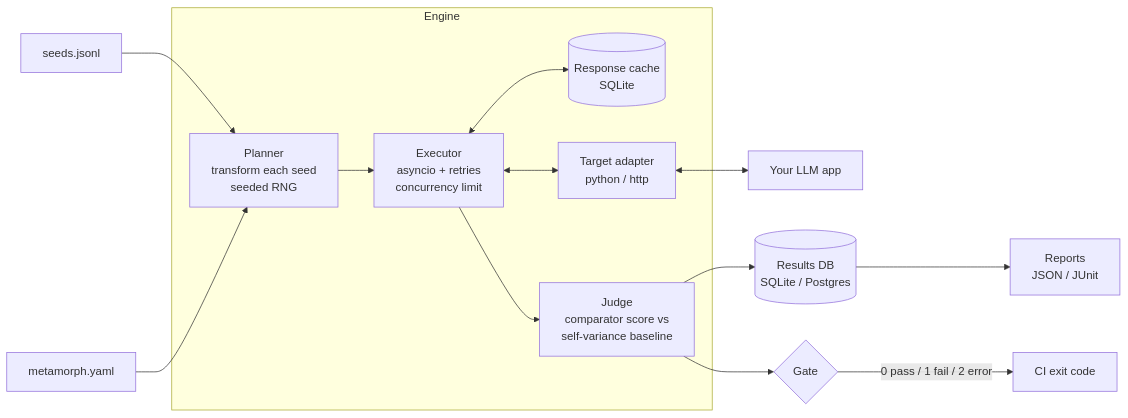
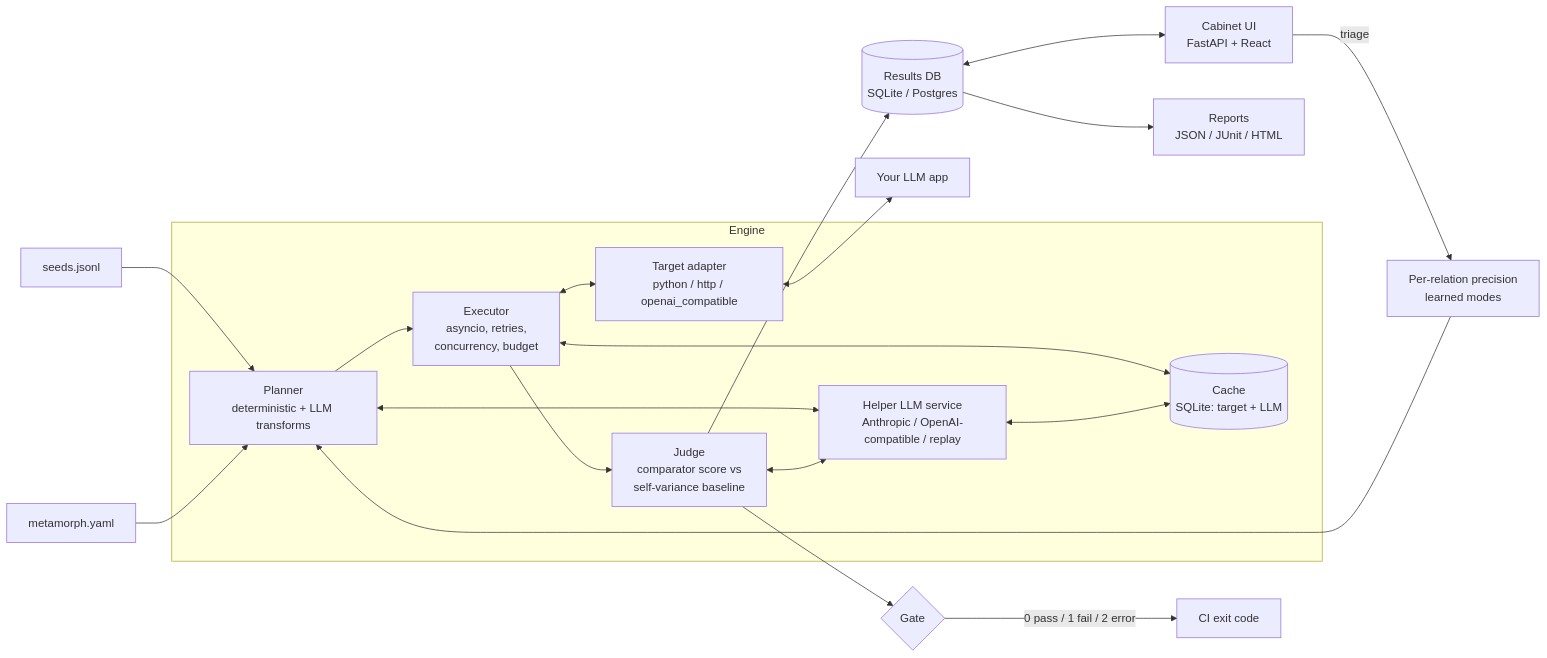
The diagram in README.md (DiorWachira/metamorph), drawn with Mermaid before and after one commit. The commit also changed other lines of this file and 77 other files, not shown here.

First line of the commit message:
M3: triage cabinet UI, per-relation precision, learned promotion

````diff
--- a/README.md
+++ b/README.md
@@ -80,16 +89,22 @@
 ```mermaid
 flowchart LR
     S[seeds.jsonl] --> P
     C[metamorph.yaml] --> P
     subgraph Engine
-        P[Planner<br/>transform each seed<br/>seeded RNG] --> X[Executor<br/>asyncio + retries<br/>concurrency limit]
-        X <--> K[(Response cache<br/>SQLite)]
-        X <--> T[Target adapter<br/>python / http]
+        P[Planner<br/>deterministic + LLM transforms] --> X[Executor<br/>asyncio, retries,<br/>concurrency, budget]
+        P <--> L[Helper LLM service<br/>Anthropic / OpenAI-compatible / replay]
+        X <--> K[(Cache<br/>SQLite: target + LLM)]
+        L <--> K
+        X <--> T[Target adapter<br/>python / http / openai_compatible]
         X --> J[Judge<br/>comparator score vs<br/>self-variance baseline]
+        J <--> L
     end
     T <--> A[Your LLM app]
     J --> DB[(Results DB<br/>SQLite / Postgres)]
-    DB --> R[Reports<br/>JSON / JUnit]
+    DB --> R[Reports<br/>JSON / JUnit / HTML]
+    DB <--> U[Cabinet UI<br/>FastAPI + React]
+    U -->|triage| PR[Per-relation precision<br/>learned modes]
+    PR --> P
     J --> G{Gate}
     G -->|0 pass / 1 fail / 2 error| CI[CI exit code]
 ```
````
